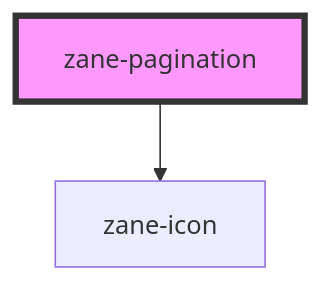
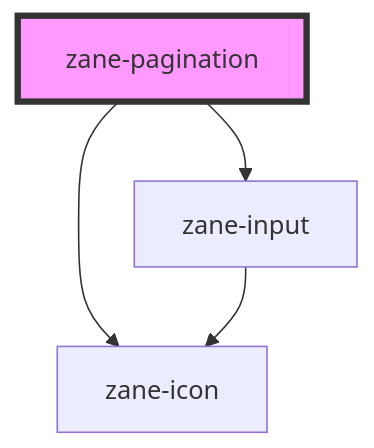
Before and after one commit to AmilyCi/zane-ui: the diagram in src/components/pagination/readme.md, drawn with Mermaid. The commit also changed other lines of this file and 9 other files, not shown here.

````diff
--- a/src/components/pagination/readme.md
+++ b/src/components/pagination/readme.md
@@ -49,5 +50,7 @@
 ```mermaid
 graph TD;
   zane-pagination --> zane-icon
+  zane-pagination --> zane-input
+  zane-input --> zane-icon
   style zane-pagination fill:#f9f,stroke:#333,stroke-width:4px
 ```
````
